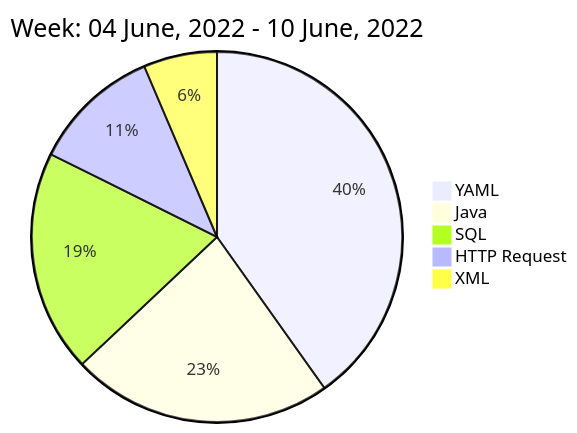
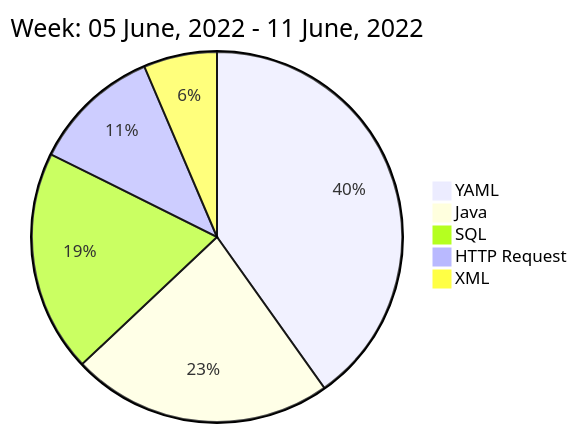
One commit to liubin95/liubin95 changed the diagram in README.md. Above: the diagram before and after it, drawn with Mermaid.

Commit message:
Updated the Graph with new Metrics

````diff
--- a/README.md
+++ b/README.md
@@ -40,9 +40,9 @@
 ```mermaid
  pie
-title Week: 04 June, 2022 - 10 June, 2022
+title Week: 05 June, 2022 - 11 June, 2022
  "YAML" : 8.33
  "Java" : 4.73
  "SQL" : 4.02
  "HTTP Request" : 2.33
  "XML" : 1.33
 ```
````
